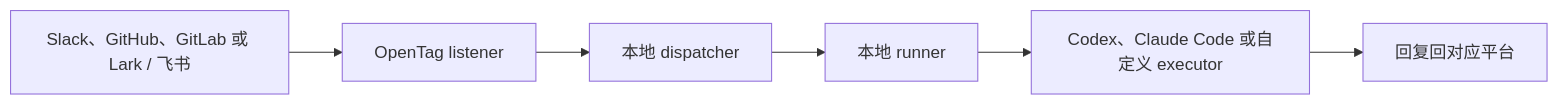
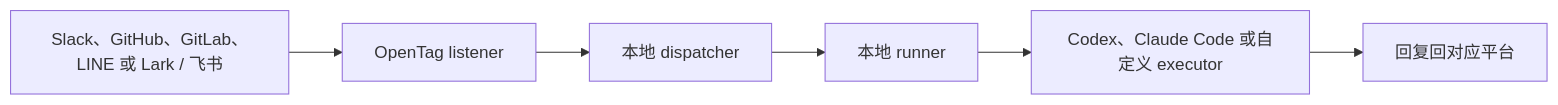
The diagram in README.zh-CN.md (amplifthq/opentag), drawn with Mermaid before and after one commit. The commit also changed other lines of this file and 56 other files, not shown here.

First line of the commit message:
feat: add LINE Messenger support to OpenTag

````diff
--- a/README.zh-CN.md
+++ b/README.zh-CN.md
@@ -210,8 +211,8 @@
 ```mermaid
 flowchart LR
-    A["Slack、GitHub、GitLab 或 Lark / 飞书"] --> B["OpenTag listener"]
+    A["Slack、GitHub、GitLab、LINE 或 Lark / 飞书"] --> B["OpenTag listener"]
     B --> C["本地 dispatcher"]
     C --> D["本地 runner"]
     D --> E["Codex、Claude Code 或自定义 executor"]
     E --> F["回复回对应平台"]
 ```
````
